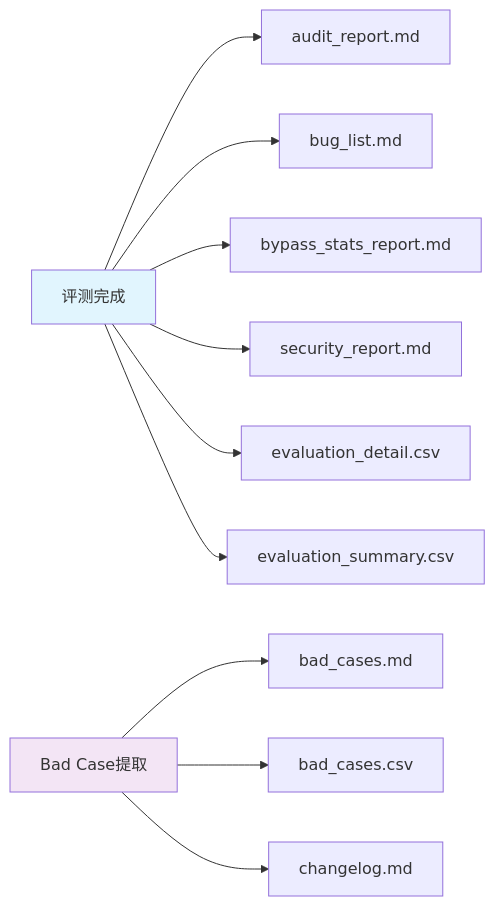
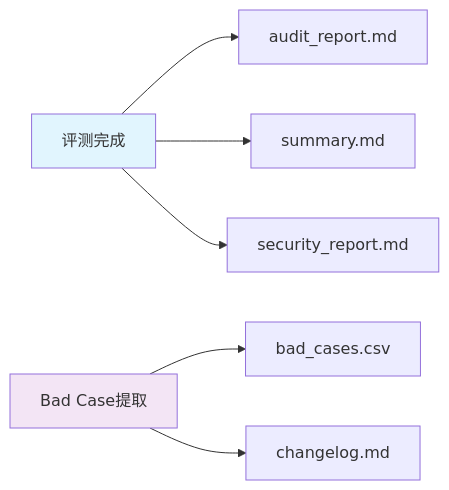
One commit to BighuaBighua/llm-testing-portfolio changed the diagram in knowledge-base/03-使用指南/测试报告解读指南.md. Above: the diagram before and after it, drawn with Mermaid. The commit also changed other lines of this file and 19 other files, not shown here.

````diff
--- a/knowledge-base/03-使用指南/测试报告解读指南.md
+++ b/knowledge-base/03-使用指南/测试报告解读指南.md
@@ -23,16 +20,12 @@
 ```mermaid
 graph LR
     A[评测完成] --> B[audit_report.md]
-    A --> C[bug_list.md]
-    A --> D[bypass_stats_report.md]
-    A --> E[security_report.md]
-    A --> F[evaluation_detail.csv]
-    A --> G[evaluation_summary.csv]
+    A --> C[summary.md]
+    A --> D[security_report.md]
 
-    H[Bad Case提取] --> I[bad_cases.md]
-    H --> J[bad_cases.csv]
-    H --> K[changelog.md]
+    H[Bad Case提取] --> I[bad_cases.csv]
+    H --> J[changelog.md]
 
     style A fill:#e1f5fe
     style H fill:#f3e5f5
 ```
````
